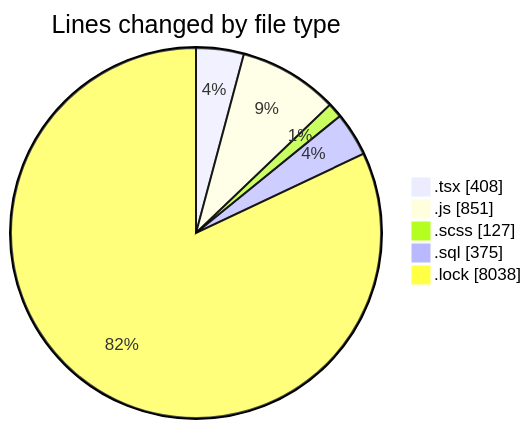
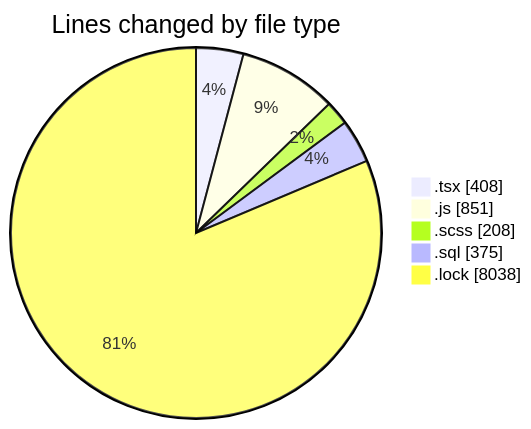
Before and after one commit to momahboobian/code-tracking: the first of 2 diagrams in 2025-03-18/cda/README.md, drawn with Mermaid. The commit also changed other lines of this file and 1 other file, not shown here.

````diff
--- a/2025-03-18/cda/README.md
+++ b/2025-03-18/cda/README.md
@@ -29,9 +30,9 @@
 ```mermaid
 pie showData
 title Lines changed by file type
 ".tsx" : 408
 ".js" : 851
-".scss" : 127
+".scss" : 208
 ".sql" : 375
 ".lock" : 8038
 ```
````
